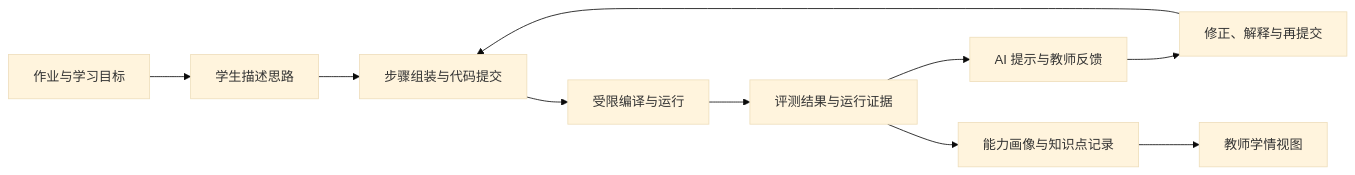
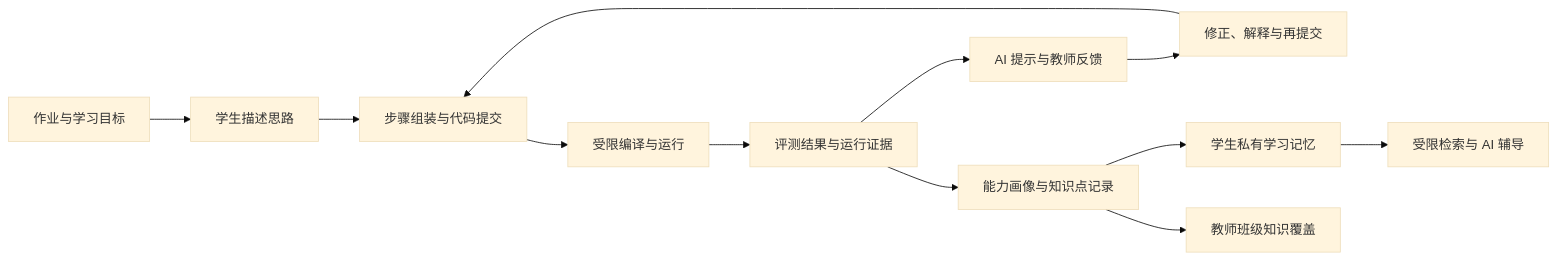
Before and after one commit to XiaoCow666/CodeSense: the first of 3 diagrams in README.md, drawn with Mermaid (base theme). The commit also changed other lines of this file and 4 other files, not shown here.

```diff
--- a/README.md
+++ b/README.md
@@ -153,12 +165,14 @@
 ~~~mermaid
 flowchart LR
     A[作业与学习目标] --> B[学生描述思路]
     B --> C[步骤组装与代码提交]
     C --> D[受限编译与运行]
     D --> E[评测结果与运行证据]
     E --> F[AI 提示与教师反馈]
     F --> G[修正、解释与再提交]
     G --> C
     E --> H[能力画像与知识点记录]
-    H --> I[教师学情视图]
+    H --> I[学生私有学习记忆]
+    I --> J[受限检索与 AI 辅导]
+    H --> K[教师班级知识覆盖]
 ~~~
```
